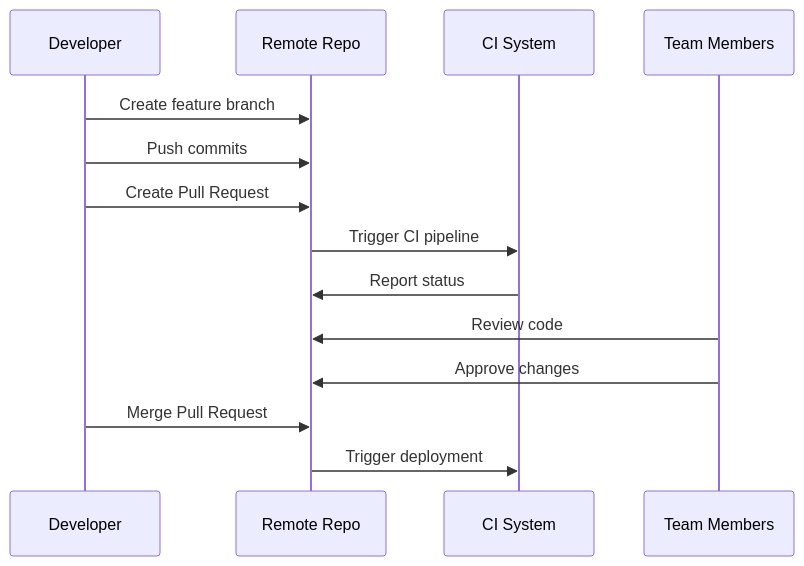
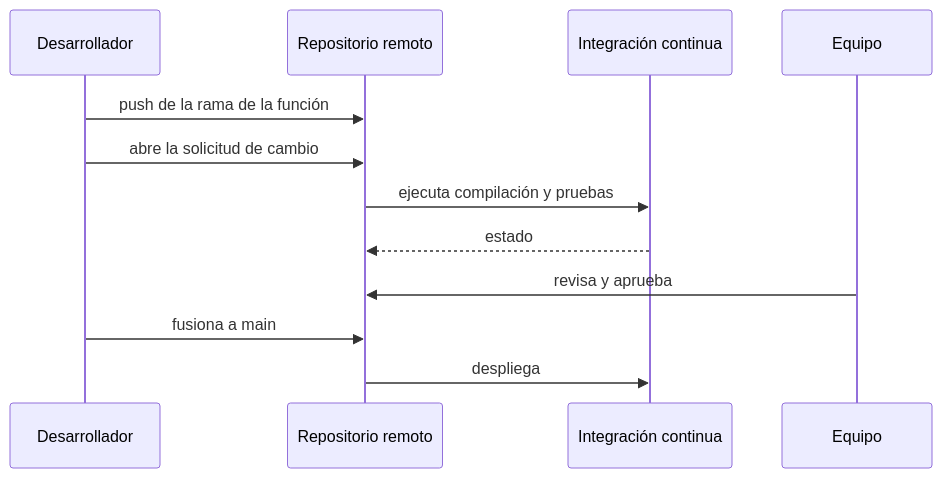
Before and after one commit to djaimej/computer-science-template: the diagram in public/documents/semester-6/1/6133.md, drawn with Mermaid. The commit also changed other lines of this file and 5 other files, not shown here.

````diff
--- a/public/documents/semester-6/1/6133.md
+++ b/public/documents/semester-6/1/6133.md
@@ -201,17 +37,14 @@
 ```mermaid
 sequenceDiagram
-    participant D as Developer
-    participant R as Remote Repo
-    participant C as CI System
-    participant T as Team Members
-
-    D->>R: Create feature branch
-    D->>R: Push commits
-    D->>R: Create Pull Request
-    R->>C: Trigger CI pipeline
-    C->>R: Report status
-    T->>R: Review code
-    T->>R: Approve changes
-    D->>R: Merge Pull Request
-    R->>C: Trigger deployment
+    participant D as Desarrollador
+    participant R as Repositorio remoto
+    participant C as Integración continua
+    participant E as Equipo
+    D->>R: push de la rama de la función
+    D->>R: abre la solicitud de cambio
+    R->>C: ejecuta compilación y pruebas
+    C-->>R: estado
+    E->>R: revisa y aprueba
+    D->>R: fusiona a main
+    R->>C: despliega
 ```
````
